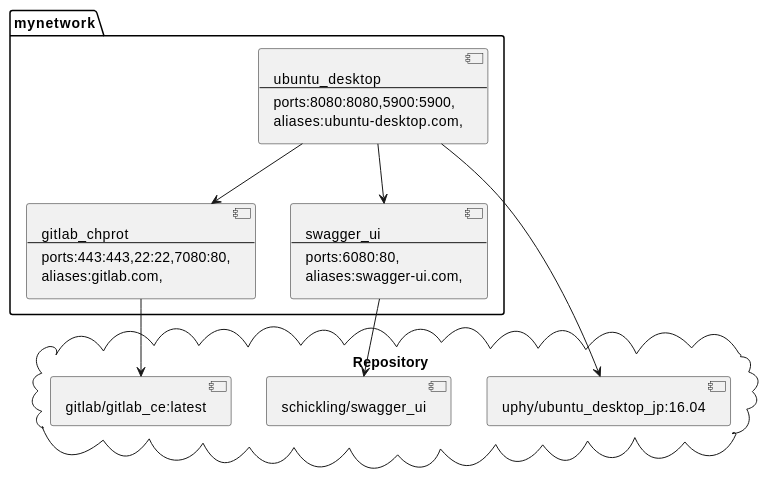
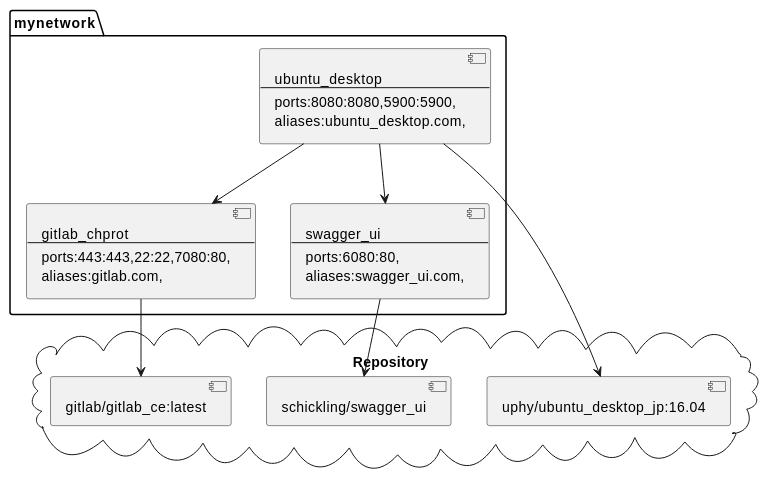
One commit to tomohiro-noda/docker-uml-converter changed the diagram in examples/output.md. Above: the diagram before and after it, drawn with PlantUML. The commit also changed 2 other files, not shown here.

Commit message:
refactoring by meta_process

````diff
--- a/examples/output.md
+++ b/examples/output.md
@@ -1,28 +1,28 @@
 ```puml
 package mynetwork {
   component ubuntu_desktop [ubuntu_desktop
   ---
   ports:8080:8080,5900:5900,
-  aliases:ubuntu-desktop.com,
+  aliases:ubuntu_desktop.com,
   ]
   component gitlab_chprot [gitlab_chprot
   ---
   ports:443:443,22:22,7080:80,
   aliases:gitlab.com,
   ]
   component swagger_ui [swagger_ui
   ---
   ports:6080:80,
-  aliases:swagger-ui.com,
+  aliases:swagger_ui.com,
   ]
 }
 
 [ubuntu_desktop] --> [gitlab_chprot]
 [ubuntu_desktop] --> [swagger_ui]
 
 cloud Repository {
   [ubuntu_desktop] --> [uphy/ubuntu_desktop_jp:16.04]
   [gitlab_chprot] --> [gitlab/gitlab_ce:latest]
   [swagger_ui] --> [schickling/swagger_ui]
 }
 ```
````
